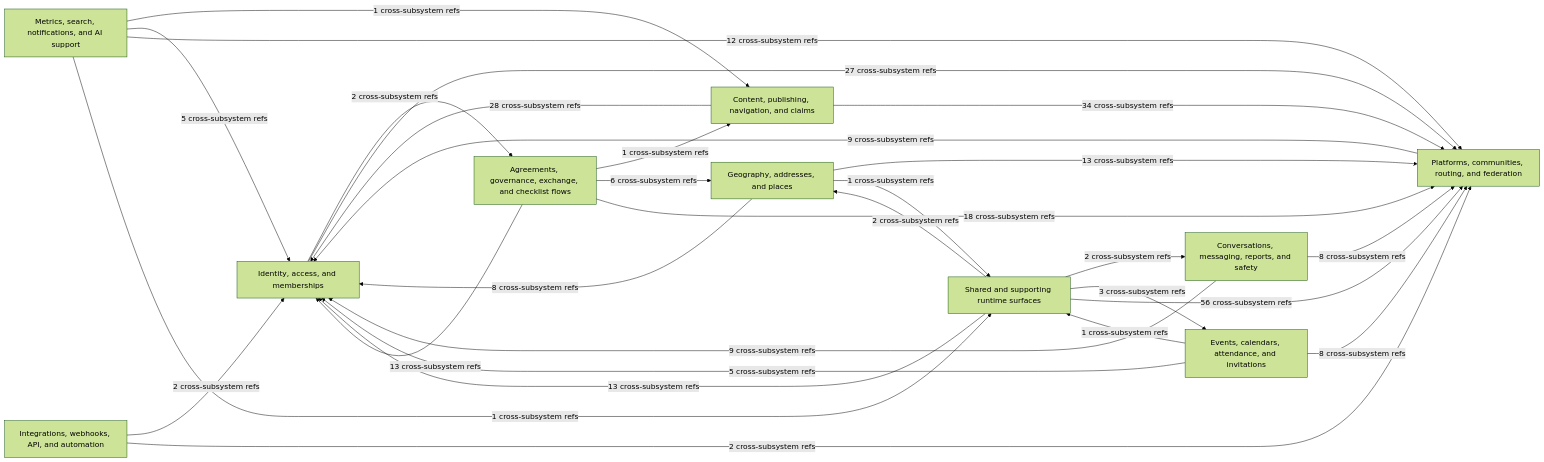
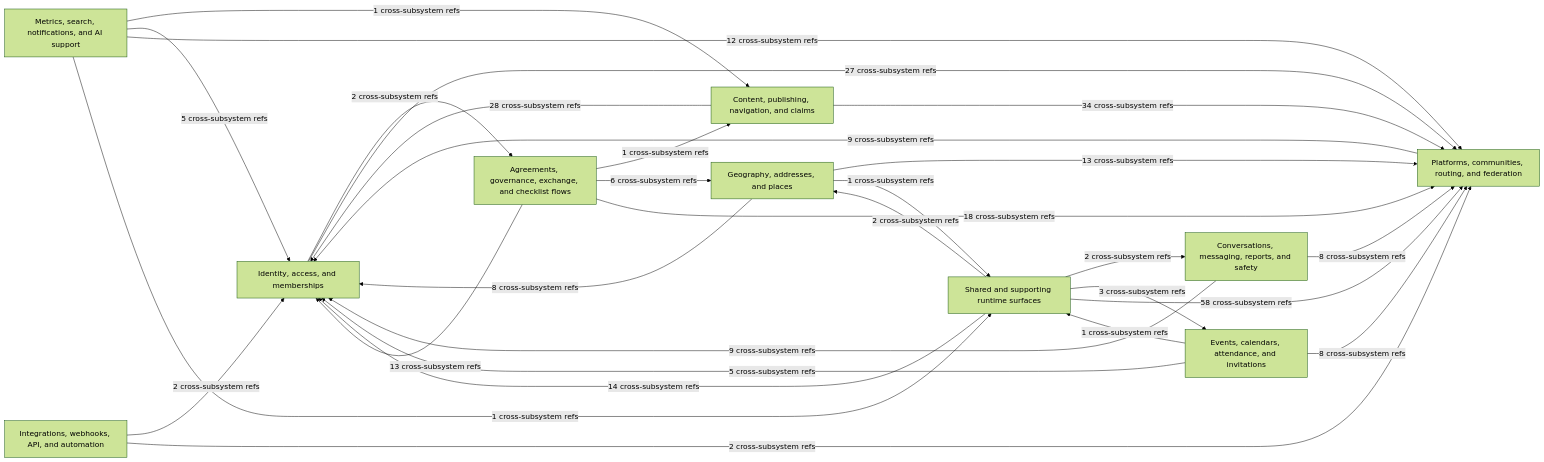
Before and after one commit to better-together-org/community-engine-rails: the diagram in docs/diagrams/source/ce_subsystem_interaction_map.mmd, drawn with Mermaid (forest theme). The commit also changed 17 other files, not shown here.

Commit message:
docs(diagrams): regenerate schema diagrams for platform snippets

```diff
--- a/docs/diagrams/source/ce_subsystem_interaction_map.mmd
+++ b/docs/diagrams/source/ce_subsystem_interaction_map.mmd
@@ -1,41 +1,41 @@
 %% Generated by scripts/export_subsystem_diagrams.rb
 flowchart LR
   identity_access["Identity, access, and memberships"]
   platform_network["Platforms, communities, routing, and federation"]
   content_publishing["Content, publishing, navigation, and claims"]
   geography_and_places["Geography, addresses, and places"]
   events_calendar["Events, calendars, attendance, and invitations"]
   conversations_safety["Conversations, messaging, reports, and safety"]
   exchange_governance["Agreements, governance, exchange, and checklist flows"]
   metrics_search_ai["Metrics, search, notifications, and AI support"]
   integrations_webhooks["Integrations, webhooks, API, and automation"]
   shared_supporting["Shared and supporting runtime surfaces"]
 
   content_publishing -->|28 cross-subsystem refs| identity_access
   content_publishing -->|34 cross-subsystem refs| platform_network
   conversations_safety -->|9 cross-subsystem refs| identity_access
   conversations_safety -->|8 cross-subsystem refs| platform_network
   events_calendar -->|5 cross-subsystem refs| identity_access
   events_calendar -->|8 cross-subsystem refs| platform_network
   events_calendar -->|1 cross-subsystem refs| shared_supporting
   exchange_governance -->|1 cross-subsystem refs| content_publishing
   exchange_governance -->|6 cross-subsystem refs| geography_and_places
   exchange_governance -->|13 cross-subsystem refs| identity_access
   exchange_governance -->|18 cross-subsystem refs| platform_network
   geography_and_places -->|8 cross-subsystem refs| identity_access
   geography_and_places -->|13 cross-subsystem refs| platform_network
   geography_and_places -->|1 cross-subsystem refs| shared_supporting
   identity_access -->|2 cross-subsystem refs| exchange_governance
   identity_access -->|27 cross-subsystem refs| platform_network
   integrations_webhooks -->|2 cross-subsystem refs| identity_access
   integrations_webhooks -->|2 cross-subsystem refs| platform_network
   metrics_search_ai -->|1 cross-subsystem refs| content_publishing
   metrics_search_ai -->|5 cross-subsystem refs| identity_access
   metrics_search_ai -->|12 cross-subsystem refs| platform_network
   metrics_search_ai -->|1 cross-subsystem refs| shared_supporting
   platform_network -->|9 cross-subsystem refs| identity_access
   shared_supporting -->|2 cross-subsystem refs| conversations_safety
   shared_supporting -->|3 cross-subsystem refs| events_calendar
   shared_supporting -->|2 cross-subsystem refs| geography_and_places
-  shared_supporting -->|13 cross-subsystem refs| identity_access
-  shared_supporting -->|56 cross-subsystem refs| platform_network
+  shared_supporting -->|14 cross-subsystem refs| identity_access
+  shared_supporting -->|58 cross-subsystem refs| platform_network
```
